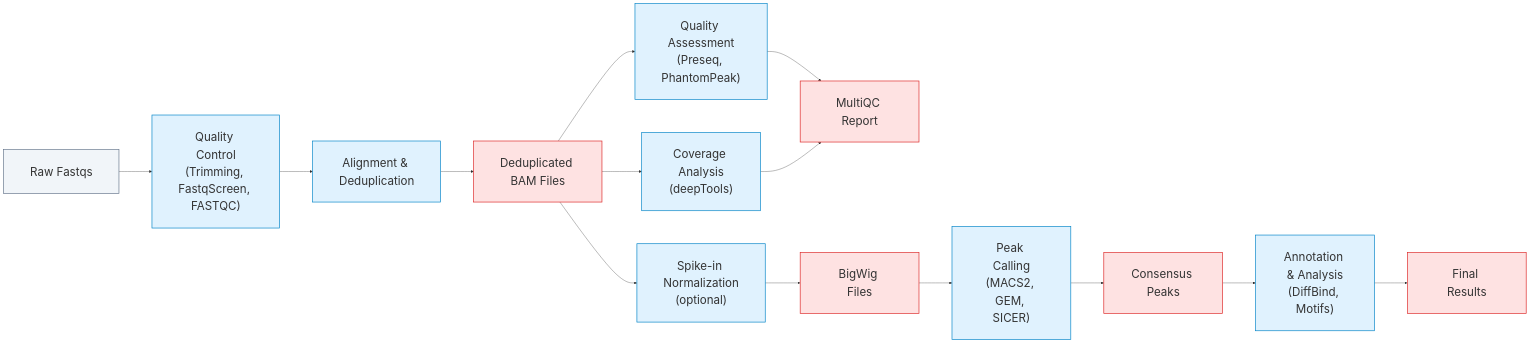
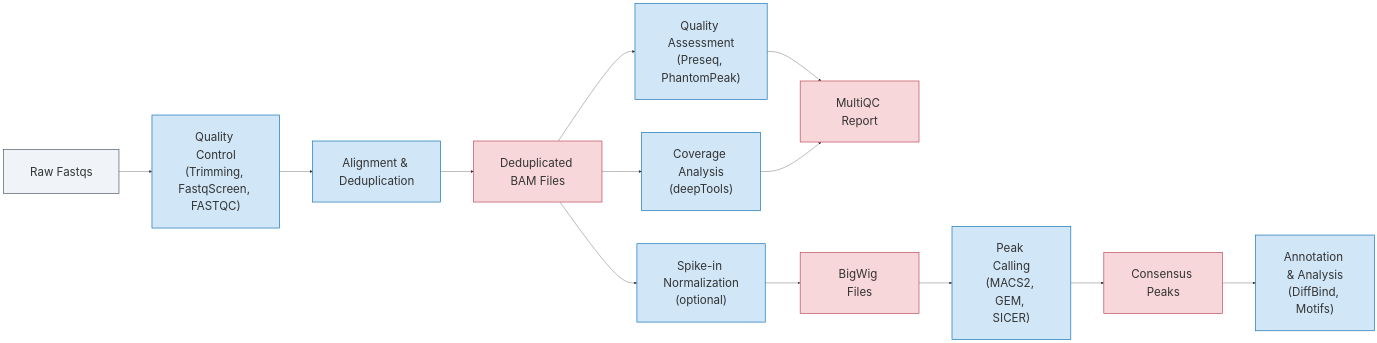
One commit to CCBR/CHAMPAGNE changed the diagram in docs/diagram/overview.md. Above: the diagram before and after it, drawn with Mermaid.

Commit message:
style: minimal theme

````diff
--- a/docs/diagram/overview.md
+++ b/docs/diagram/overview.md
@@ -1,37 +1,36 @@
 ```mermaid
 flowchart LR
 
 %%{init: {
   "themeVariables": {
      "background": "transparent",
      "fontSize": "35px" },
   "flowchart": {
     "nodeSpacing": 100,
     "rankSpacing": 100,
     "padding": 40,
     "htmlLabels": true
 }}}%%
 
   %% High-level stages
   Raw["Raw Fastqs"]:::input
   Raw --> QC["Quality Control<br/>(Trimming, FastqScreen, FASTQC)"]:::process
   QC --> Align["Alignment & Deduplication"]:::process
   Align --> BAMs["Deduplicated BAM Files"]:::output
 
   BAMs --> Assessment["Quality Assessment<br/>(Preseq, PhantomPeak)"]:::process
   BAMs --> Deeptools["Coverage Analysis<br/>(deepTools)"]:::process
   BAMs --> Norm["Spike-in Normalization<br/>(optional)"]:::process
 
   Assessment --> Reports["MultiQC Report"]:::output
   Deeptools --> Reports
   Norm --> Bigwigs["BigWig Files"]:::output
   Bigwigs --> Peaks["Peak Calling<br/>(MACS2, GEM, SICER)"]:::process
   Peaks --> Consensus["Consensus Peaks"]:::output
   Consensus --> Downstream["Annotation & Analysis<br/>(DiffBind, Motifs)"]:::process
-  Downstream --> Final["Final Results"]:::output
 
-  %% Styles - Modern minimal sleek theme
-  classDef input fill:#f1f5f9,stroke:#64748b,stroke-width:2px;
-  classDef process fill:#e0f2fe,stroke:#0284c7,stroke-width:2px;
-  classDef output fill:#fee2e2,stroke:#dc2626,stroke-width:2px;
+  %% Styles - Tech minimalist sleek theme
+  classDef input fill:#f0f4f8,stroke:#4b5563,stroke-width:2px;
+  classDef process fill:#d1e7f7,stroke:#0f6fb6,stroke-width:2px;
+  classDef output fill:#f8d7da,stroke:#bd4655,stroke-width:2px;
 ```
````
